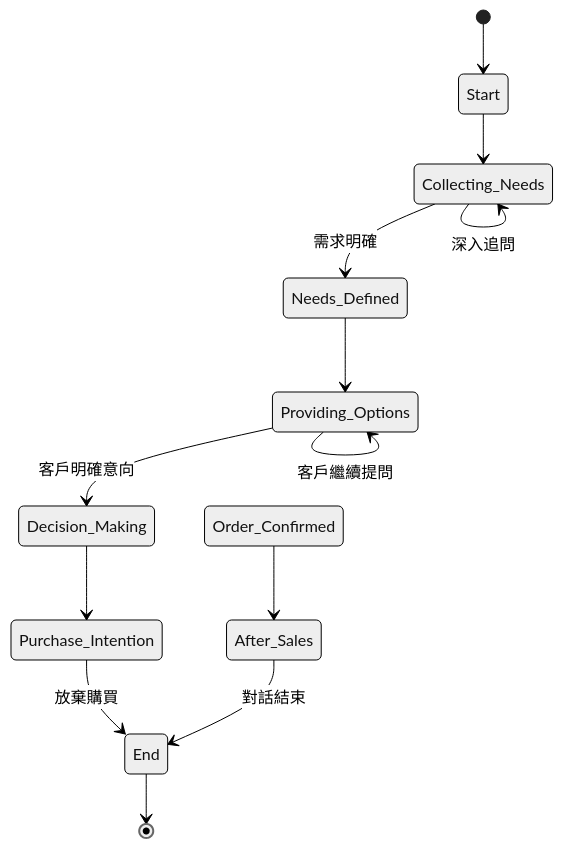
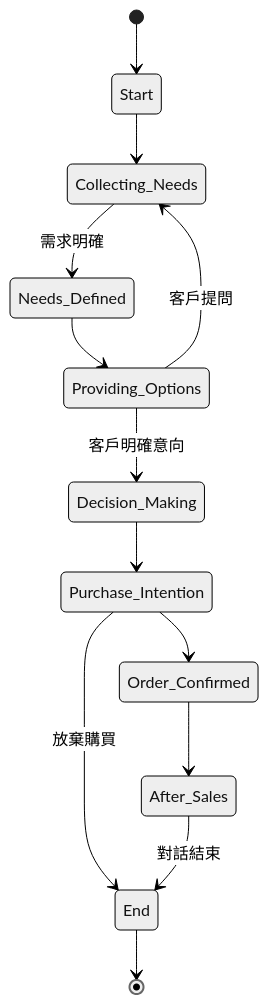
Before and after one commit to xrick/mlinfo_kb_platform: the diagram in docs/MGFD_System_Design/v0.4/MGFD_System_Design_v0.4.3.md, drawn with Mermaid (neutral theme). The commit also changed 8 other files, not shown here.

````diff
--- a/docs/MGFD_System_Design/v0.4/MGFD_System_Design_v0.4.3.md
+++ b/docs/MGFD_System_Design/v0.4/MGFD_System_Design_v0.4.3.md
@@ -148,15 +148,15 @@
 ```mermaid
 stateDiagram-v2
     [*] --> Start
     Start --> Collecting_Needs
     Collecting_Needs --> Needs_Defined: 需求明確
-    Collecting_Needs --> Collecting_Needs: 深入追問
     Needs_Defined --> Providing_Options
-    Providing_Options --> Providing_Options: 客戶繼續提問
+    Providing_Options --> Collecting_Needs: 客戶提問
     Providing_Options --> Decision_Making: 客戶明確意向
     Decision_Making --> Purchase_Intention
+    Purchase_Intention --> Order_Confirmed
     Purchase_Intention --> End: 放棄購買
     Order_Confirmed --> After_Sales
     After_Sales --> End: 對話結束
     End --> [*]
 ```
````
